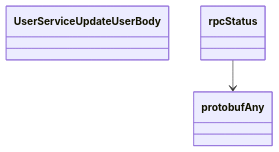
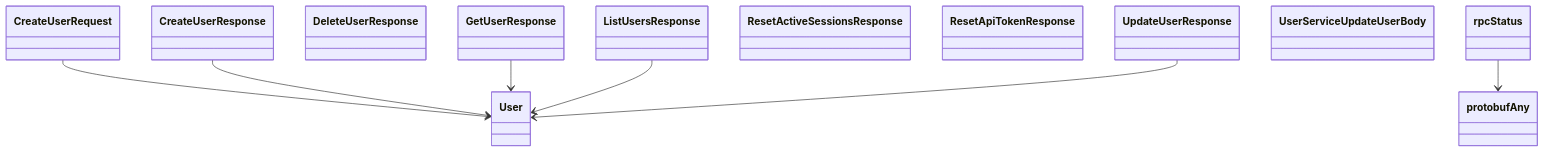
Before and after one commit to alexdearaujo/community_sdk_python: diagram 16 of 16 in docs/sphinx/services/user.md, drawn with Mermaid. The commit also changed other lines of this file and 38 other files, not shown here.

````diff
--- a/docs/sphinx/services/user.md
+++ b/docs/sphinx/services/user.md
@@ -559,7 +559,21 @@
 ```mermaid
 classDiagram
+    class CreateUserRequest
+    class CreateUserResponse
+    class DeleteUserResponse
+    class GetUserResponse
+    class ListUsersResponse
+    class ResetActiveSessionsResponse
+    class ResetApiTokenResponse
+    class UpdateUserResponse
+    class User
     class UserServiceUpdateUserBody
     class protobufAny
     class rpcStatus
+    CreateUserRequest --> User
+    CreateUserResponse --> User
+    GetUserResponse --> User
+    ListUsersResponse --> User
+    UpdateUserResponse --> User
     rpcStatus --> protobufAny
 ```
````
